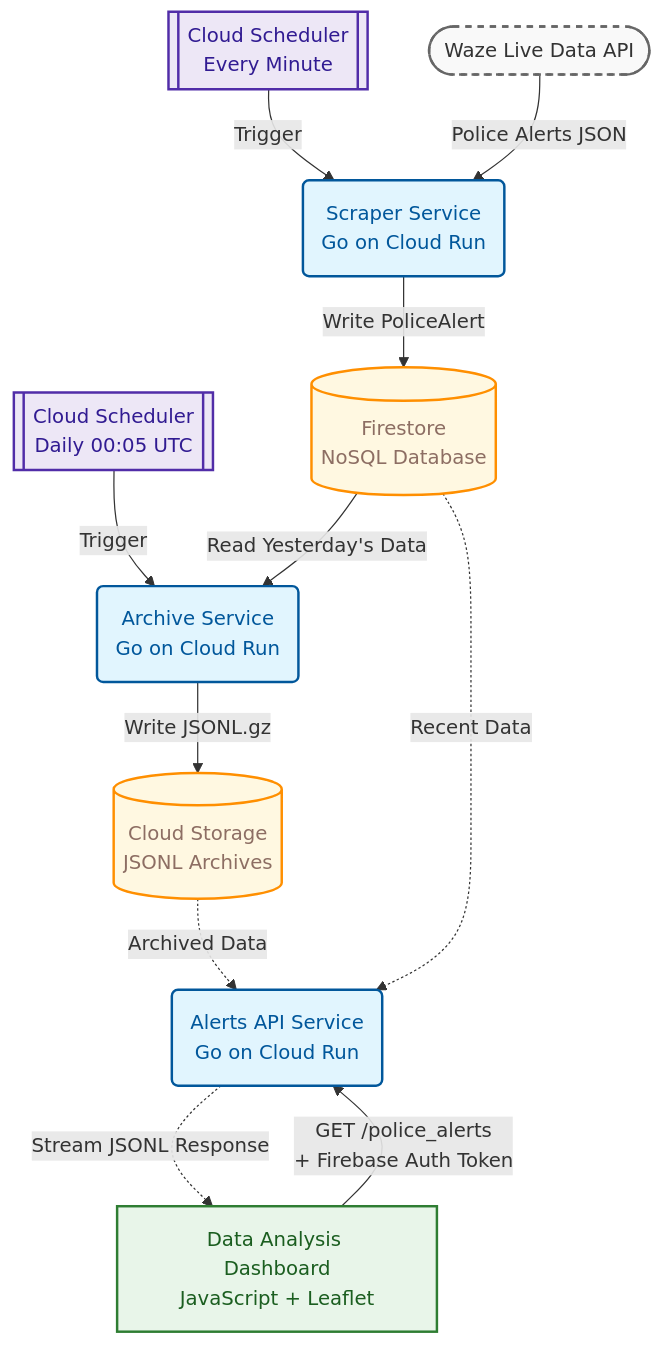
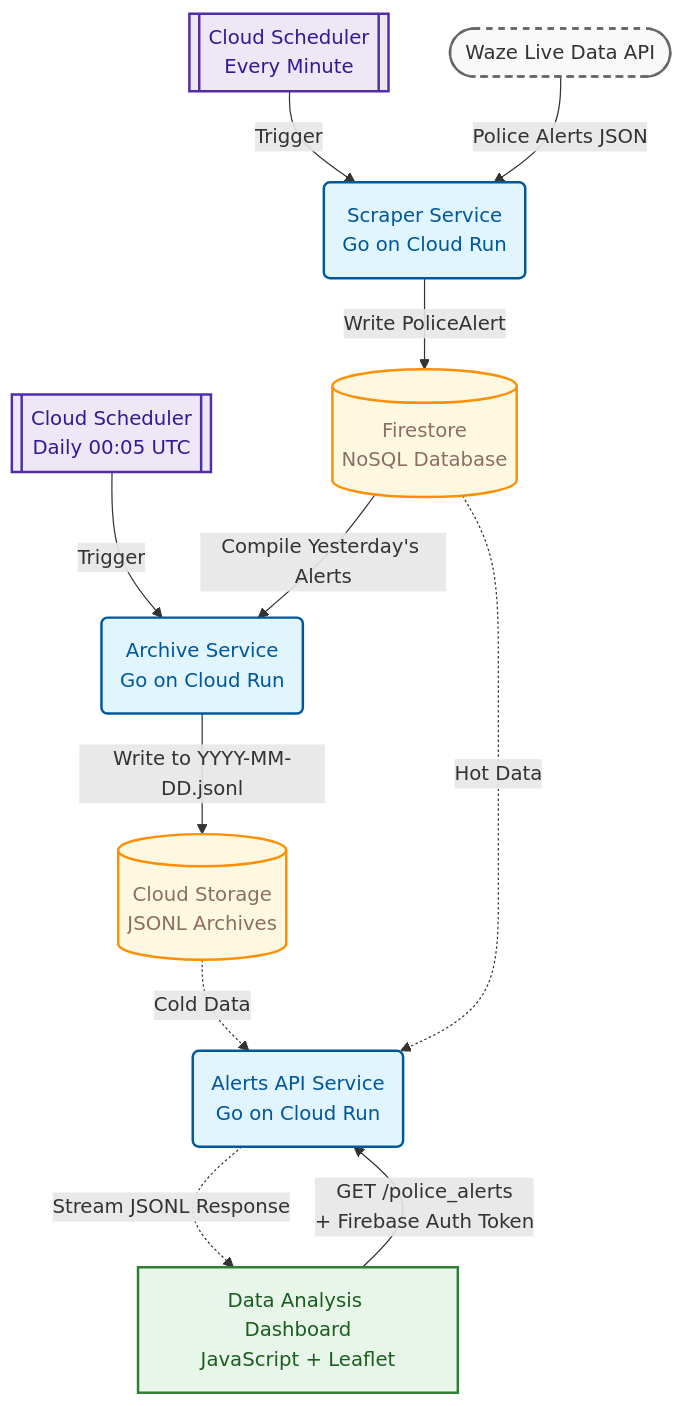
The diagram in docs/ARCHITECTURE.md (Lllllllleong/wazePoliceScraperGCP), drawn with Mermaid before and after one commit.

Commit message:
refactor: improve Mermaid diagram labels for clarity
- Update arrow labels to use hot/cold data terminology
- Clarify archive output format (YYYY-MM-DD.jsonl)
- Make data flow descriptions more concise and precise

````diff
--- a/docs/ARCHITECTURE.md
+++ b/docs/ARCHITECTURE.md
@@ -26,42 +26,42 @@
 ```mermaid
 flowchart TB
     %% Class Definitions for Styling
     classDef external fill:#f9f9f9,stroke:#666,stroke-width:2px,stroke-dasharray: 5 5;
     classDef compute fill:#e1f5fe,stroke:#01579b,stroke-width:2px,color:#01579b;
     classDef storage fill:#fff8e1,stroke:#ff8f00,stroke-width:2px,color:#8d6e63;
     classDef ui fill:#e8f5e9,stroke:#2e7d32,stroke-width:2px,color:#1b5e20;
     classDef trigger fill:#ede7f6,stroke:#512da8,stroke-width:2px,color:#311b92;
 
     %% External Triggers
     Waze([Waze Live Data API]):::external
     SchedulerScraper[[Cloud Scheduler<br/>Every Minute]]:::trigger
     SchedulerArchive[[Cloud Scheduler<br/>Daily 00:05 UTC]]:::trigger
 
     %% Cloud Run Services
     Scraper(Scraper Service<br/>Go on Cloud Run):::compute
     Archive(Archive Service<br/>Go on Cloud Run):::compute
     AlertsAPI(Alerts API Service<br/>Go on Cloud Run):::compute
 
     %% Storage Layer
     Firestore[(Firestore<br/>NoSQL Database)]:::storage
     GCS[(Cloud Storage<br/>JSONL Archives)]:::storage
 
     %% Frontend
     Dashboard[Data Analysis Dashboard<br/>JavaScript + Leaflet]:::ui
 
     %% Data Flow: Scraper Pipeline
     SchedulerScraper -->|Trigger| Scraper
     Waze -->|Police Alerts JSON| Scraper
     Scraper -->|Write PoliceAlert| Firestore
 
     %% Data Flow: Archive Pipeline
     SchedulerArchive -->|Trigger| Archive
-    Firestore -->|Read Yesterday's Data| Archive
-    Archive -->|Write JSONL.gz| GCS
+    Firestore -->|Compile Yesterday's Alerts| Archive
+    Archive -->|Write to YYYY-MM-DD.jsonl| GCS
 
     %% Data Flow: Frontend Access
     Dashboard -->|GET /police_alerts<br/>+ Firebase Auth Token| AlertsAPI
-    Firestore -.->|Recent Data| AlertsAPI
-    GCS -.->|Archived Data| AlertsAPI
+    Firestore -.->|Hot Data| AlertsAPI
+    GCS -.->|Cold Data| AlertsAPI
     AlertsAPI -.->|Stream JSONL Response| Dashboard
 ```
````
